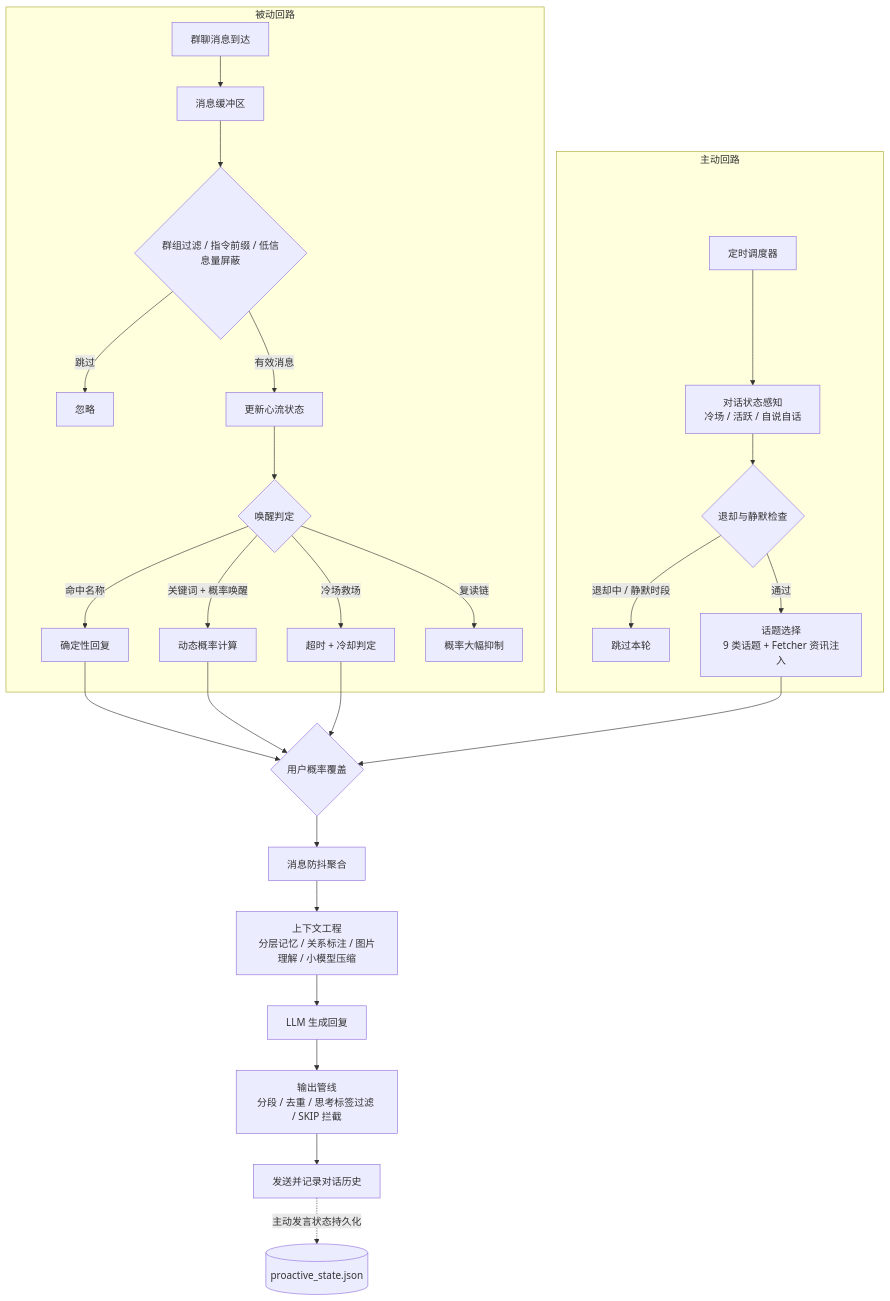
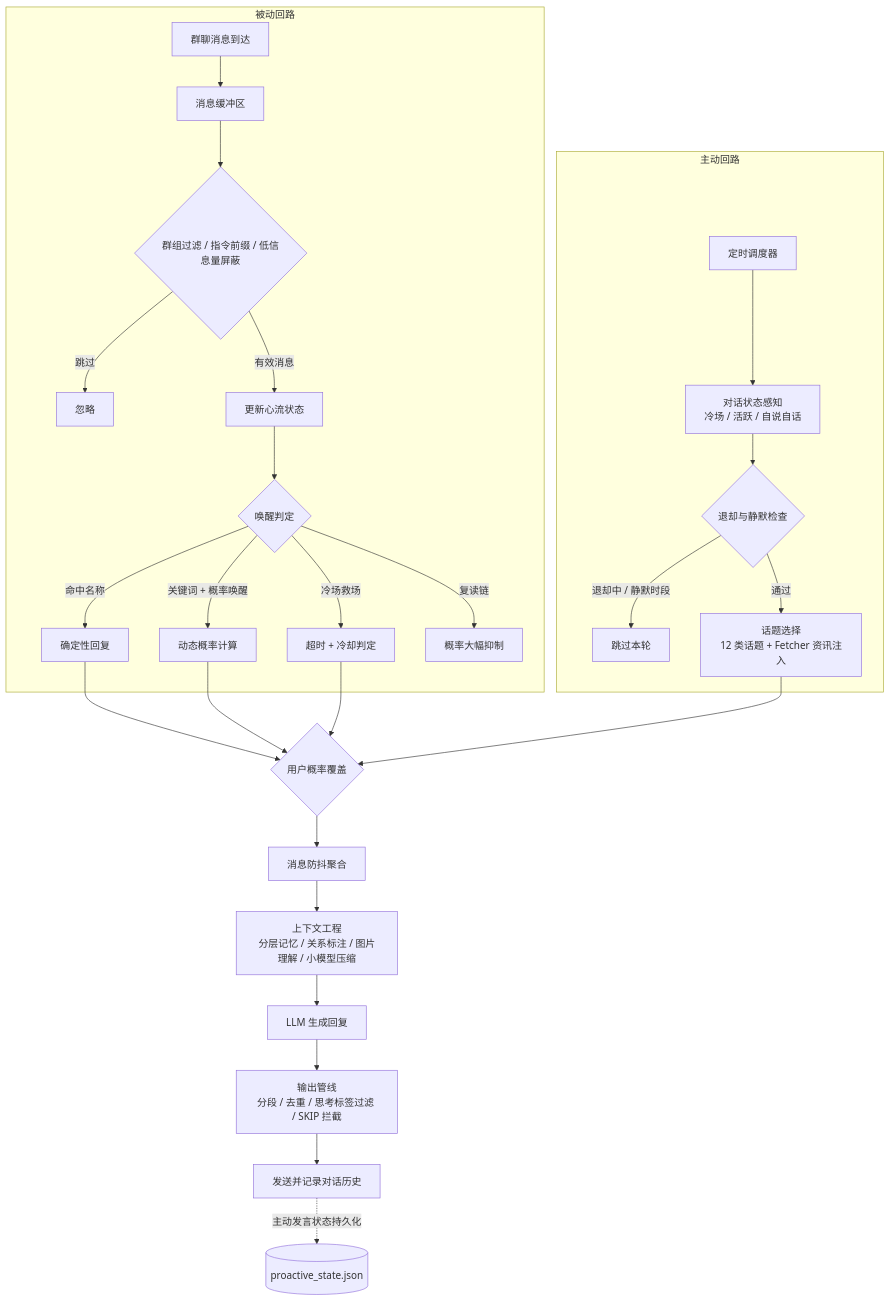
Before and after one commit to MagicalYuYu/astrbot_plugin_smart_wakeup: the diagram in README.md, drawn with Mermaid. The commit also changed other lines of this file and 11 other files, not shown here.

````diff
--- a/README.md
+++ b/README.md
@@ -295,27 +295,27 @@
 ```mermaid
 flowchart TD
     subgraph 被动回路
         A[群聊消息到达] --> B[消息缓冲区]
         B --> C{群组过滤 / 指令前缀 / 低信息量屏蔽}
         C -->|跳过| D[忽略]
         C -->|有效消息| E[更新心流状态]
         E --> F{唤醒判定}
         F -->|命中名称| G[确定性回复]
         F -->|关键词 + 概率唤醒| H[动态概率计算]
         F -->|冷场救场| I[超时 + 冷却判定]
         F -->|复读链| J[概率大幅抑制]
     end
     subgraph 主动回路
         K[定时调度器] --> L[对话状态感知<br/>冷场 / 活跃 / 自说自话]
         L --> M{退却与静默检查}
         M -->|退却中 / 静默时段| N[跳过本轮]
-        M -->|通过| O[话题选择<br/>9 类话题 + Fetcher 资讯注入]
+        M -->|通过| O[话题选择<br/>12 类话题 + Fetcher 资讯注入]
     end
     G & H & I & O --> P{用户概率覆盖}
     P --> Q[消息防抖聚合]
     Q --> R[上下文工程<br/>分层记忆 / 关系标注 / 图片理解 / 小模型压缩]
     R --> S[LLM 生成回复]
     S --> T[输出管线<br/>分段 / 去重 / 思考标签过滤 / SKIP 拦截]
     T --> U[发送并记录对话历史]
     U -.主动发言状态持久化.-> V[(proactive_state.json)]
 ```
````
